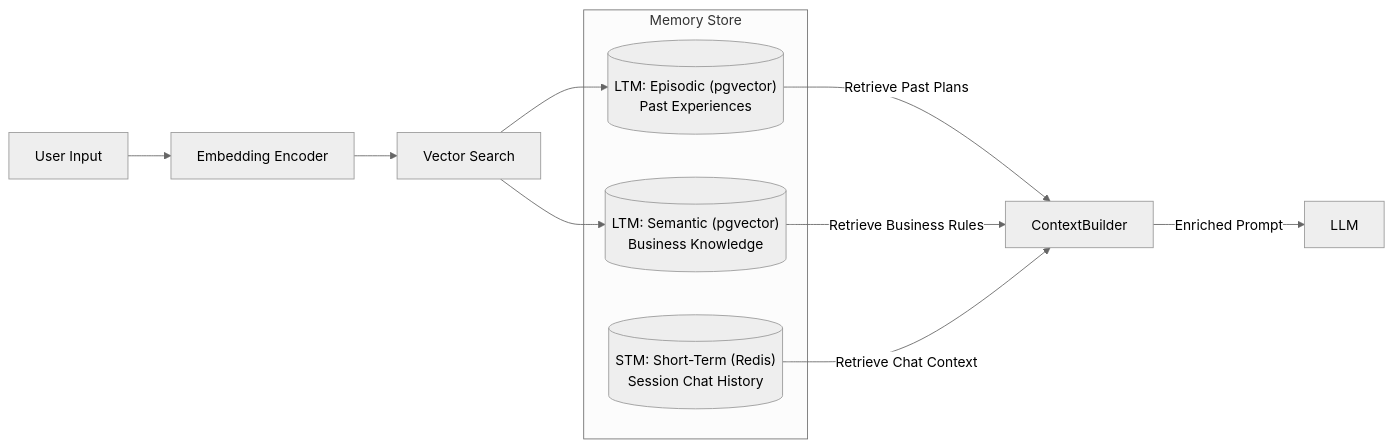
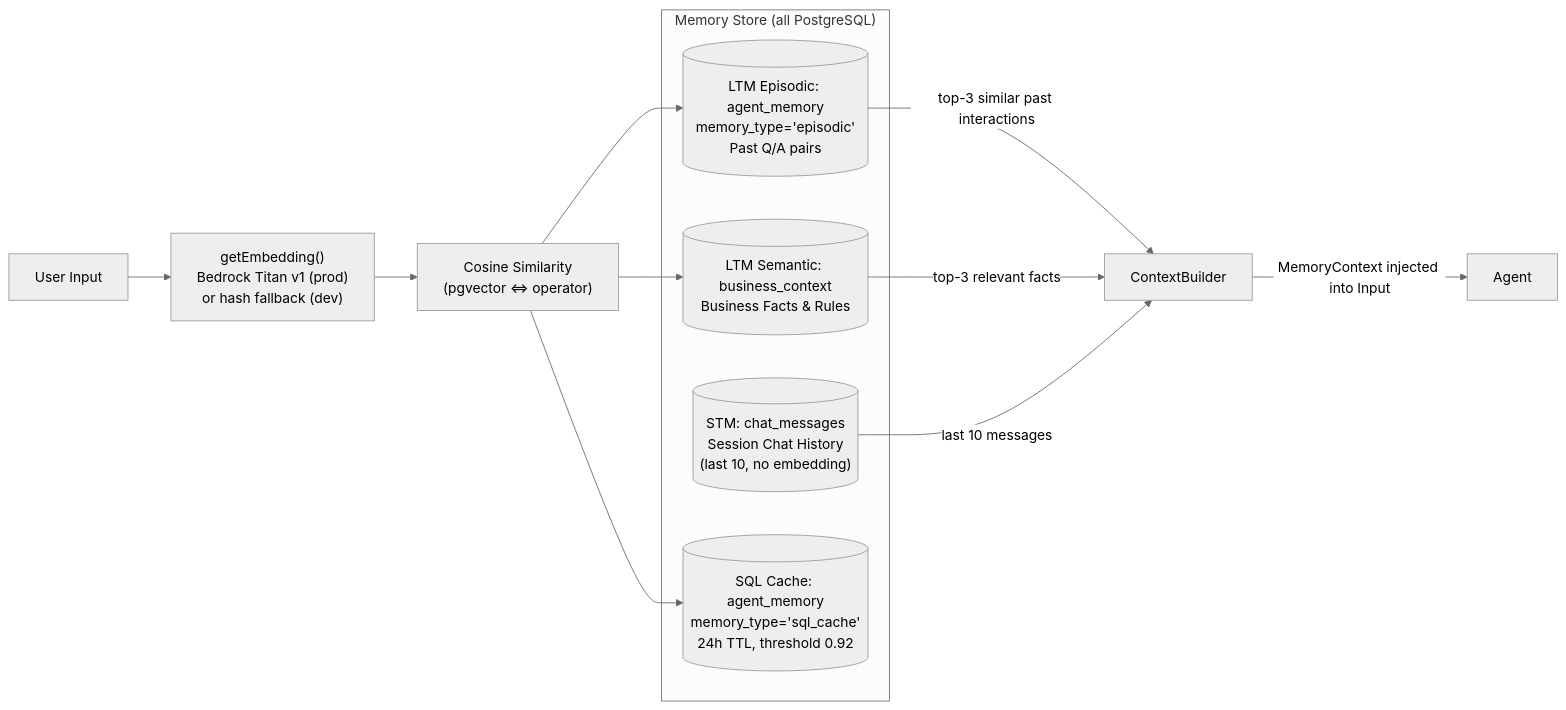
Before and after one commit to debmalyaroy/ai-cm: the fourth of 9 diagrams in docs/design_agent.md, drawn with Mermaid (neutral theme). The commit also changed other lines of this file and 3 other files, not shown here.

````diff
--- a/docs/design_agent.md
+++ b/docs/design_agent.md
@@ -122,20 +128,22 @@
 ```mermaid
 graph LR
-    Input["User Input"] --> Encoder["Embedding Encoder"]
-    Encoder --> Vector["Vector Search"]
-    
-    subgraph "Memory Store"
-        STM[("STM: Short-Term (Redis)\nSession Chat History")]
-        LTM_E[("LTM: Episodic (pgvector)\nPast Experiences")]
-        LTM_S[("LTM: Semantic (pgvector)\nBusiness Knowledge")]
+    Input["User Input"] --> Encoder["getEmbedding()\nBedrock Titan v1 (prod)\nor hash fallback (dev)"]
+    Encoder --> Vector["Cosine Similarity\n(pgvector <=> operator)"]
+
+    subgraph "Memory Store (all PostgreSQL)"
+        STM[("STM: chat_messages\nSession Chat History\n(last 10, no embedding)")]
+        LTM_E[("LTM Episodic: agent_memory\nmemory_type='episodic'\nPast Q/A pairs")]
+        LTM_S[("LTM Semantic: business_context\nBusiness Facts & Rules")]
+        SQL_CACHE[("SQL Cache: agent_memory\nmemory_type='sql_cache'\n24h TTL, threshold 0.92")]
     end
-    
+
     Vector --> LTM_E
     Vector --> LTM_S
-    
-    LTM_E -->|"Retrieve Past Plans"| ContextBuilder
-    LTM_S -->|"Retrieve Business Rules"| ContextBuilder
-    STM -->|"Retrieve Chat Context"| ContextBuilder
-    
-    ContextBuilder -->|"Enriched Prompt"| LLM
+    Vector --> SQL_CACHE
+
+    LTM_E -->|"top-3 similar past interactions"| ContextBuilder
+    LTM_S -->|"top-3 relevant facts"| ContextBuilder
+    STM -->|"last 10 messages"| ContextBuilder
+
+    ContextBuilder -->|"MemoryContext injected into Input"| Agent
 ```
````
